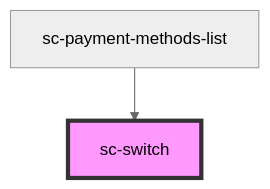
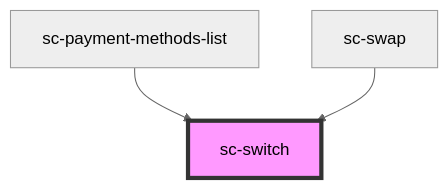
Before and after one commit to surecart/surecart-wp-plugin: the diagram in packages/components/src/components/ui/switch/readme.md, drawn with Mermaid (neutral theme). The commit also changed other lines of this file and 16 other files, not shown here.

````diff
--- a/packages/components/src/components/ui/switch/readme.md
+++ b/packages/components/src/components/ui/switch/readme.md
@@ -69,5 +70,6 @@
 ```mermaid
 graph TD;
   sc-payment-methods-list --> sc-switch
+  sc-swap --> sc-switch
   style sc-switch fill:#f9f,stroke:#333,stroke-width:4px
 ```
````
